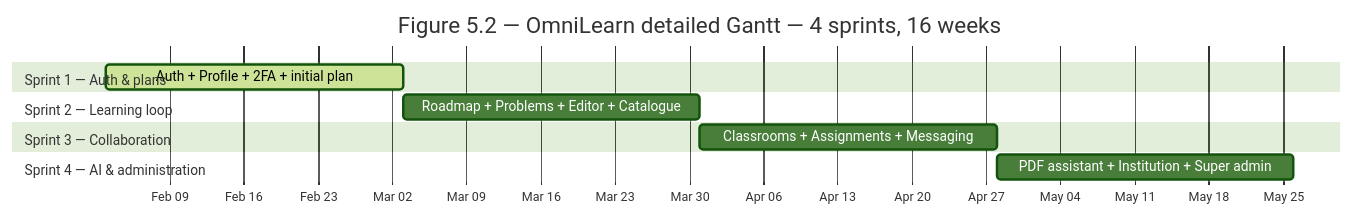
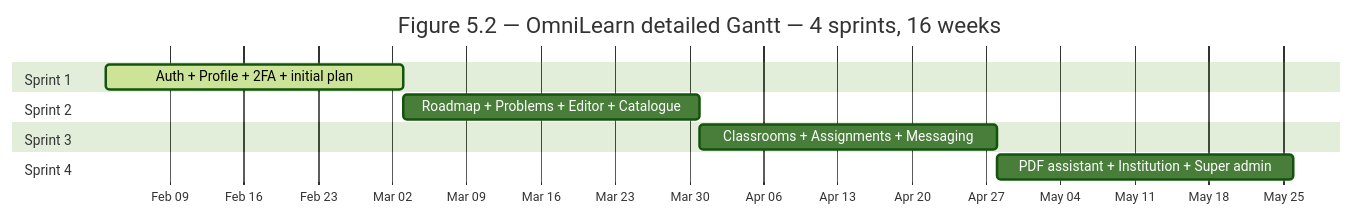
The diagram in docs/sprint_planning_and_backlog.md (MaizaAymen/OmniLearn), drawn with Mermaid (forest theme) before and after one commit. The commit also changed 1 other file, not shown here.

````diff
--- a/docs/sprint_planning_and_backlog.md
+++ b/docs/sprint_planning_and_backlog.md
@@ -9,15 +9,15 @@
 ```mermaid
 gantt
   title Figure 5.2 — OmniLearn detailed Gantt — 4 sprints, 16 weeks
   dateFormat YYYY-MM-DD
   axisFormat %b %d
   todayMarker off
-  section Sprint 1 — Auth & plans
-  Auth + Profile + 2FA + initial plan         :active, a1, 2025-02-03, 28d
-  section Sprint 2 — Learning loop
-  Roadmap + Problems + Editor + Catalogue     :a2, after a1, 28d
-  section Sprint 3 — Collaboration
-  Classrooms + Assignments + Messaging        :a3, after a2, 28d
-  section Sprint 4 — AI & administration
-  PDF assistant + Institution + Super admin   :a4, after a3, 28d
+  section Sprint 1
+  Auth + Profile + 2FA + initial plan       :active, a1, 2025-02-03, 28d
+  section Sprint 2
+  Roadmap + Problems + Editor + Catalogue   :a2, after a1, 28d
+  section Sprint 3
+  Classrooms + Assignments + Messaging      :a3, after a2, 28d
+  section Sprint 4
+  PDF assistant + Institution + Super admin :a4, after a3, 28d
 ```
````
